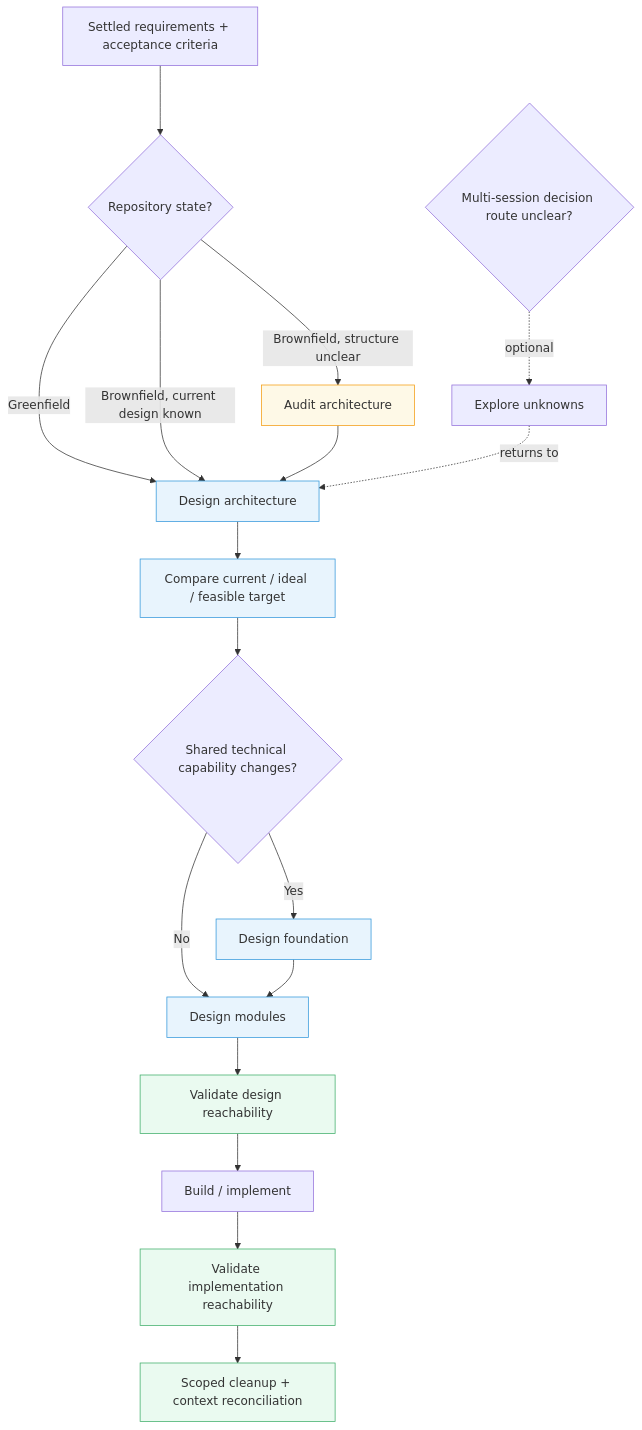
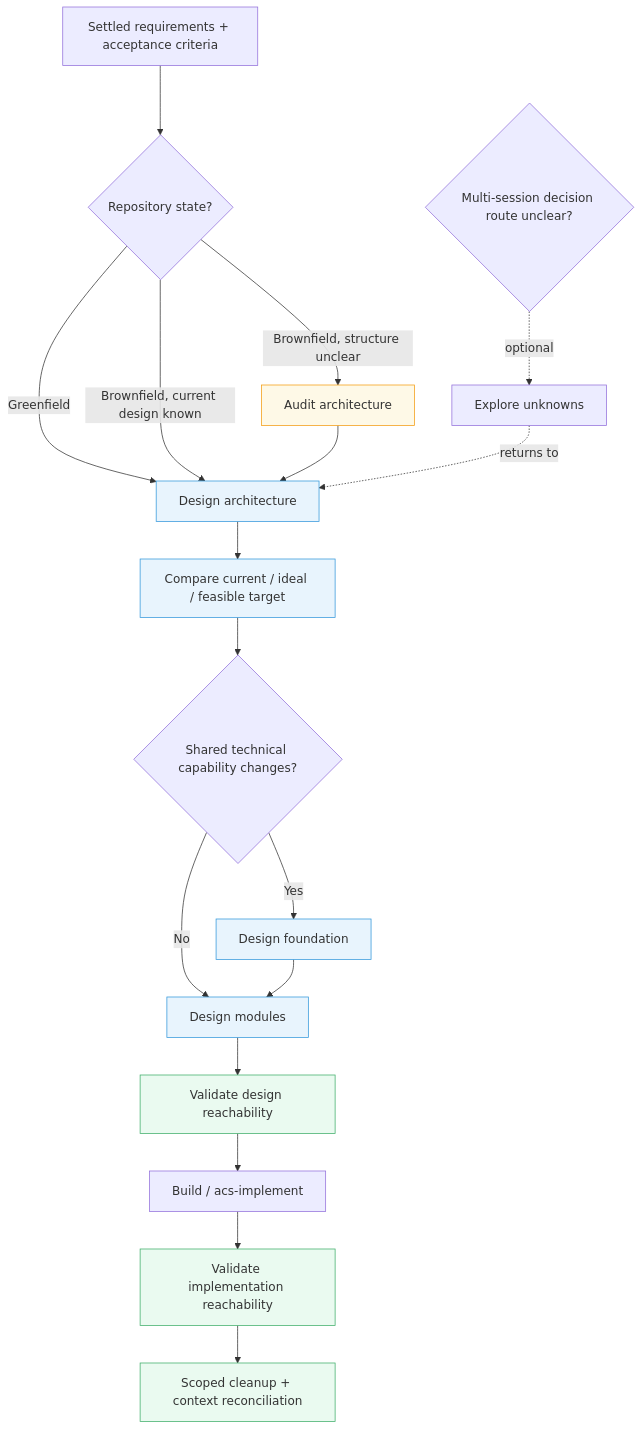
One commit to XinheLIU/agent-coding-skills changed the diagram in system/skills-src/design/technical/README.md. Above: the diagram before and after it, drawn with Mermaid. The commit also changed other lines of this file and 445 other files, not shown here.

````diff
--- a/system/skills-src/design/technical/README.md
+++ b/system/skills-src/design/technical/README.md
@@ -20,33 +20,33 @@
 ```mermaid
 flowchart TD
     R[Settled requirements + acceptance criteria]
     STATE{Repository state?}
     R --> STATE
 
     STATE -->|Greenfield| GA[Design architecture]
     STATE -->|Brownfield, structure unclear| AUDIT[Audit architecture]
     STATE -->|Brownfield, current design known| GA
     AUDIT --> GA
 
     GA --> OPT[Compare current / ideal / feasible target]
     OPT --> CAP{Shared technical capability changes?}
     CAP -->|Yes| FOUND[Design foundation]
     CAP -->|No| MOD[Design modules]
     FOUND --> MOD
 
     MOD --> PRE[Validate design reachability]
-    PRE --> BUILD[Build / implement]
+    PRE --> BUILD[Build / acs-implement]
     BUILD --> POST[Validate implementation reachability]
     POST --> CLEAN[Scoped cleanup + context reconciliation]
 
     UNKNOWN{Multi-session decision route unclear?}
     UNKNOWN -. optional .-> X[Explore unknowns]
     X -. returns to .-> GA
 
     classDef green fill:#e8f4fd,stroke:#3498db;
     classDef brown fill:#fef9e7,stroke:#f39c12;
     classDef verify fill:#eafaf0,stroke:#3fae6a;
     class GA,OPT,FOUND,MOD green;
     class AUDIT brown;
     class PRE,POST,CLEAN verify;
 ```
````
